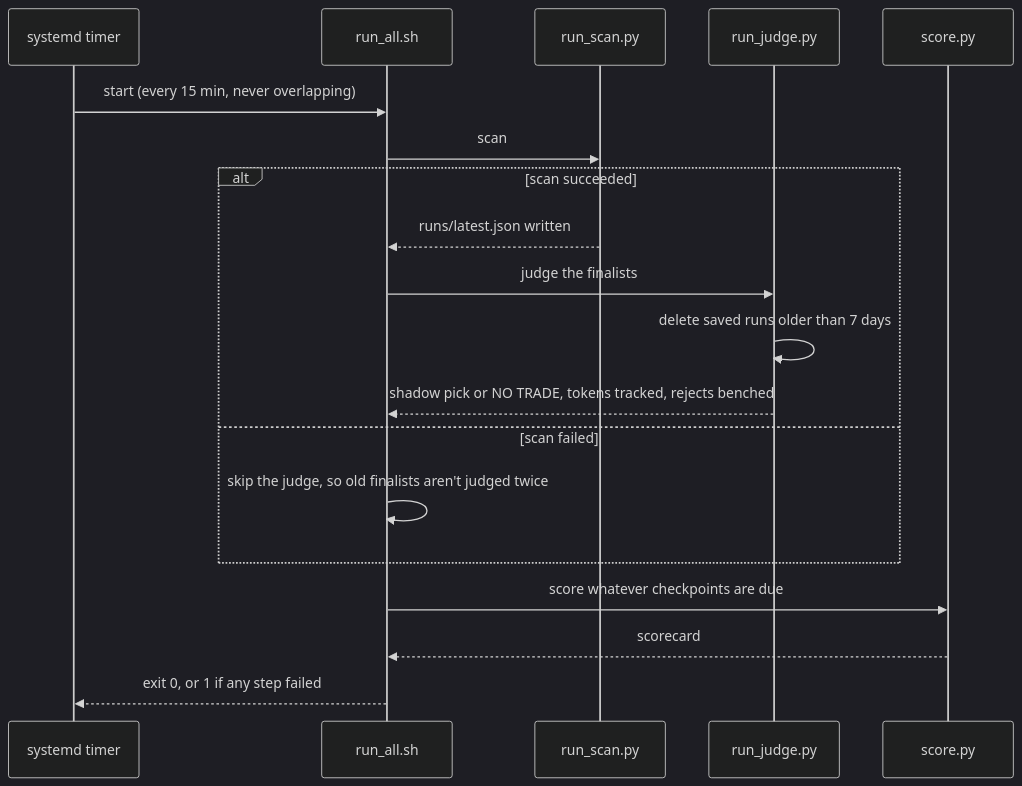
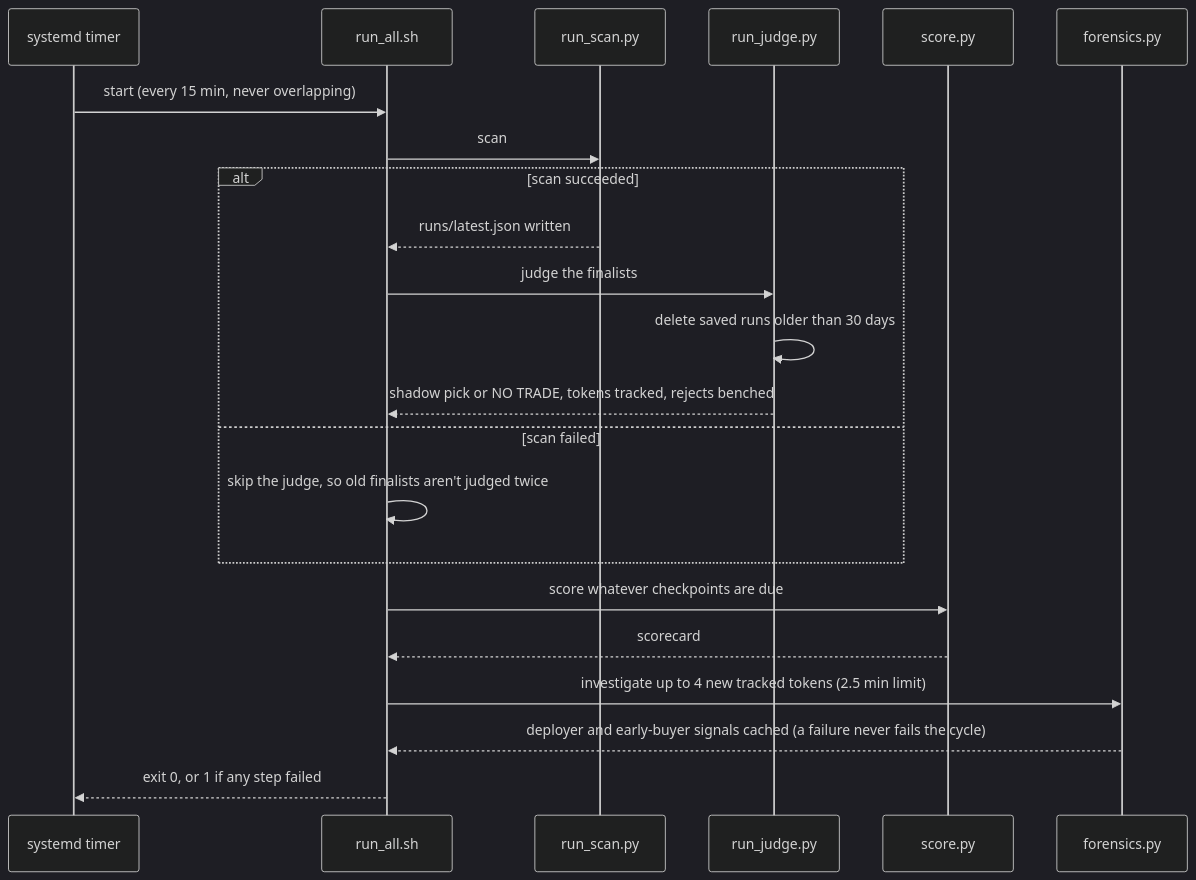
Before and after one commit to NickHammer/jev-desk: the second of 11 diagrams in ARCHITECTURE.md, drawn with Mermaid (dark theme). The commit also changed other lines of this file and 8 other files, not shown here.

First line of the commit message:
Chain forensics as the last cycle step (signals only)

````diff
--- a/ARCHITECTURE.md
+++ b/ARCHITECTURE.md
@@ -46,21 +49,24 @@
 ```mermaid
 sequenceDiagram
     participant T as systemd timer
     participant R as run_all.sh
     participant S as run_scan.py
     participant J as run_judge.py
     participant K as score.py
+    participant F as forensics.py
     T->>R: start (every 15 min, never overlapping)
     R->>S: scan
     alt scan succeeded
         S-->>R: runs/latest.json written
         R->>J: judge the finalists
-        J->>J: delete saved runs older than 7 days
+        J->>J: delete saved runs older than 30 days
         J-->>R: shadow pick or NO TRADE, tokens tracked, rejects benched
     else scan failed
         R->>R: skip the judge, so old finalists aren't judged twice
     end
     R->>K: score whatever checkpoints are due
     K-->>R: scorecard
+    R->>F: investigate up to 4 new tracked tokens (2.5 min limit)
+    F-->>R: deployer and early-buyer signals cached (a failure never fails the cycle)
     R-->>T: exit 0, or 1 if any step failed
 ```
````
